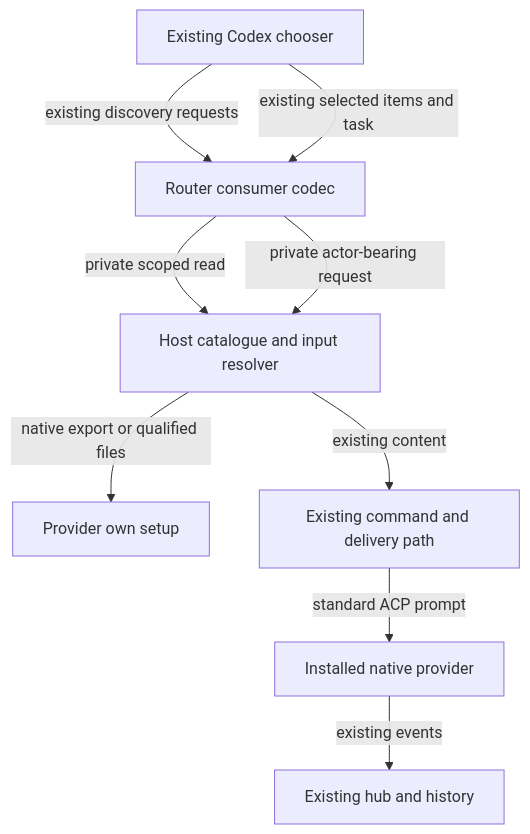
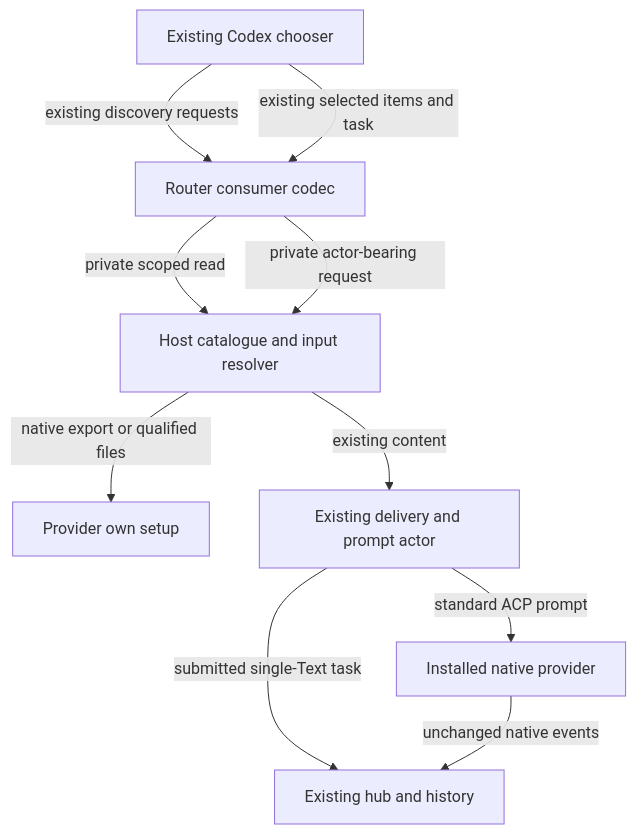
The first of 3 diagrams in docs/specs/2026-10-23-provider-native-capabilities/program-design.md (agent-collaboration/agent-collaboration), drawn with Mermaid before and after one commit. The commit also changed other lines of this file and 7 other files, not shown here.

````diff
--- a/docs/specs/2026-10-23-provider-native-capabilities/program-design.md
+++ b/docs/specs/2026-10-23-provider-native-capabilities/program-design.md
@@ -7,11 +7,12 @@
 ```mermaid
 flowchart TD
   Codex[Existing Codex chooser] -->|existing discovery requests| Facade[Router consumer codec]
   Facade -->|private scoped read| Host[Host catalogue and input resolver]
   Host -->|native export or qualified files| Setup[Provider own setup]
   Codex -->|existing selected items and task| Facade
   Facade -->|private actor-bearing request| Host
-  Host -->|existing content| Delivery[Existing command and delivery path]
+  Host -->|existing content| Delivery[Existing delivery and prompt actor]
   Delivery -->|standard ACP prompt| Provider[Installed native provider]
-  Provider -->|existing events| History[Existing hub and history]
+  Delivery -->|submitted single-Text task| History[Existing hub and history]
+  Provider -->|unchanged native events| History
 ```
````
